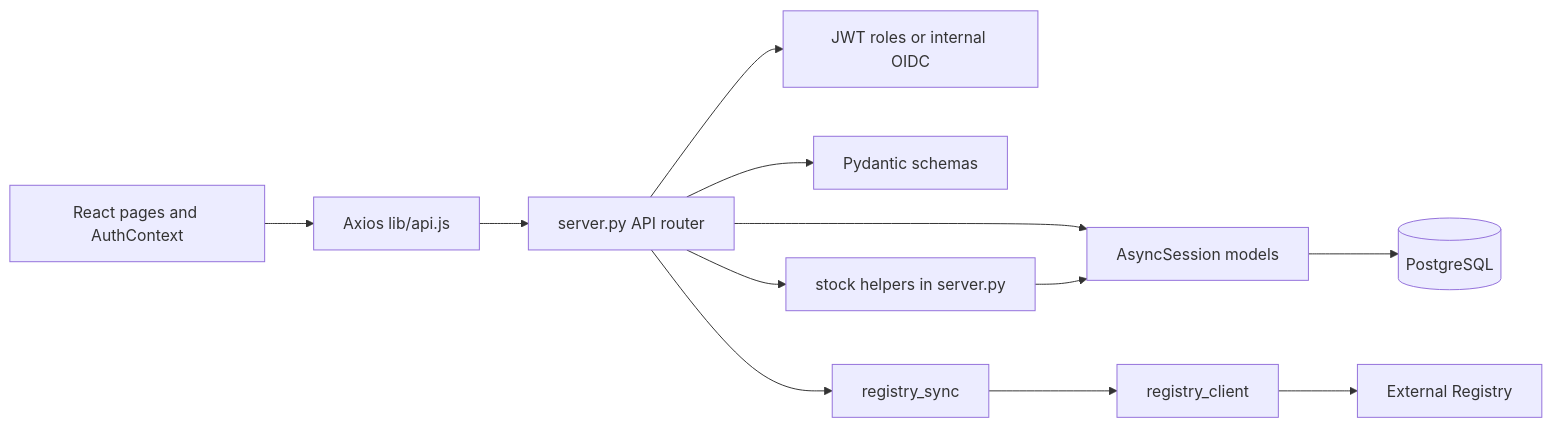
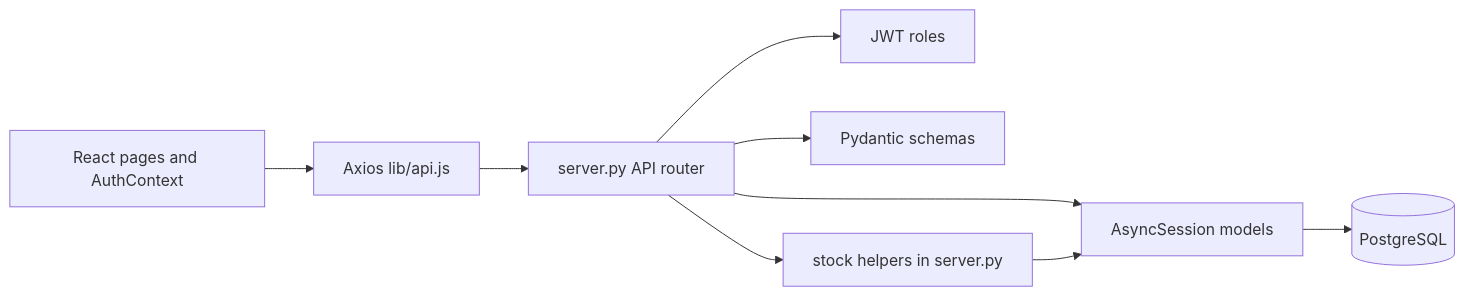
The diagram in docs/context/architecture.md (willywax/livestock-mgs), drawn with Mermaid before and after one commit. The commit also changed other lines of this file and 28 other files, not shown here.

````diff
--- a/docs/context/architecture.md
+++ b/docs/context/architecture.md
@@ -61,14 +61,11 @@
 ```mermaid
 flowchart LR
   Pages[React pages and AuthContext] --> API[Axios lib/api.js]
   API --> Routes[server.py API router]
-  Routes --> Auth[JWT roles or internal OIDC]
+  Routes --> Auth[JWT roles]
   Routes --> Schemas[Pydantic schemas]
   Routes --> Stock[stock helpers in server.py]
   Routes --> ORM[AsyncSession models]
   Stock --> ORM
   ORM --> PG[(PostgreSQL)]
-  Routes --> Outbox[registry_sync]
-  Outbox --> Client[registry_client]
-  Client --> Registry[External Registry]
 ```
````
